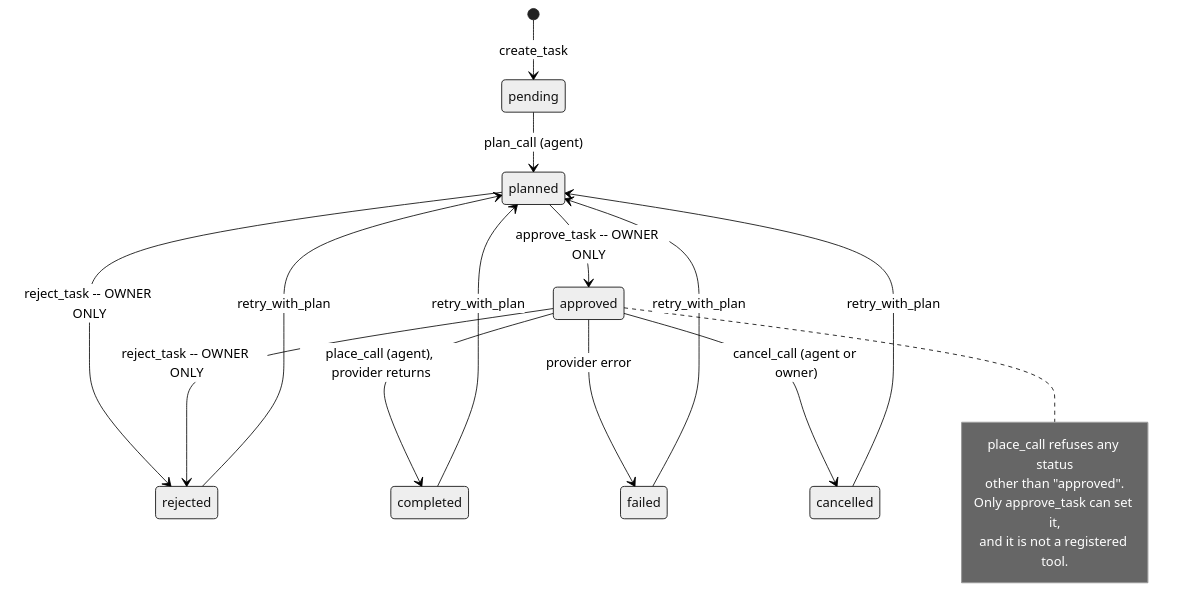
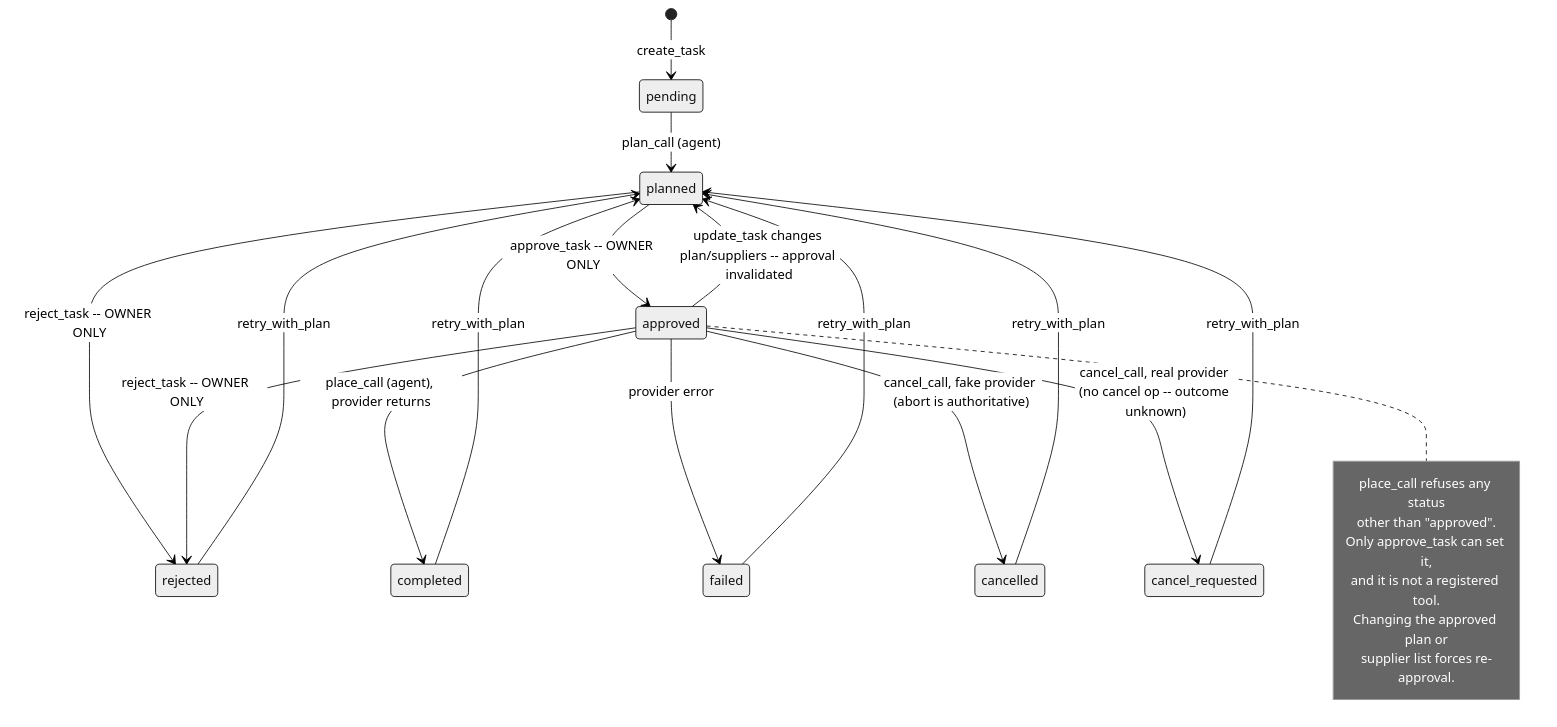
The second of 2 diagrams in apps/web/supplier-quote-agent/docs/architecture.md (CALLE-AI/awesome-phone-call-agents), drawn with Mermaid (neutral theme) before and after one commit. The commit also changed other lines of this file and 18 other files, not shown here.

First line of the commit message:
fix(apps): close review findings on supplier-quote-agent's approval gate and provider surface

````diff
--- a/apps/web/supplier-quote-agent/docs/architecture.md
+++ b/apps/web/supplier-quote-agent/docs/architecture.md
@@ -80,22 +80,27 @@
 ```mermaid
 stateDiagram-v2
     direction TB
     [*] --> pending: create_task
     pending --> planned: plan_call (agent)
     planned --> approved: approve_task -- OWNER ONLY
     planned --> rejected: reject_task -- OWNER ONLY
     approved --> rejected: reject_task -- OWNER ONLY
+    approved --> planned: update_task changes plan/suppliers -- approval invalidated
     approved --> completed: place_call (agent), provider returns
     approved --> failed: provider error
-    approved --> cancelled: cancel_call (agent or owner)
+    approved --> cancelled: cancel_call, fake provider (abort is authoritative)
+    approved --> cancel_requested: cancel_call, real provider (no cancel op -- outcome unknown)
     completed --> planned: retry_with_plan
     failed --> planned: retry_with_plan
     cancelled --> planned: retry_with_plan
+    cancel_requested --> planned: retry_with_plan
     rejected --> planned: retry_with_plan
     note right of approved
         place_call refuses any status
         other than "approved".
         Only approve_task can set it,
         and it is not a registered tool.
+        Changing the approved plan or
+        supplier list forces re-approval.
     end note
 ```
````
